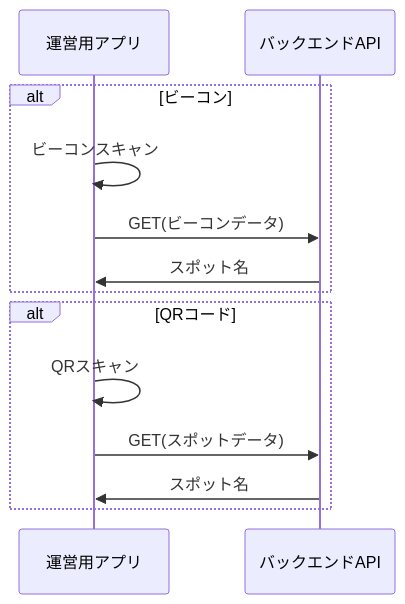
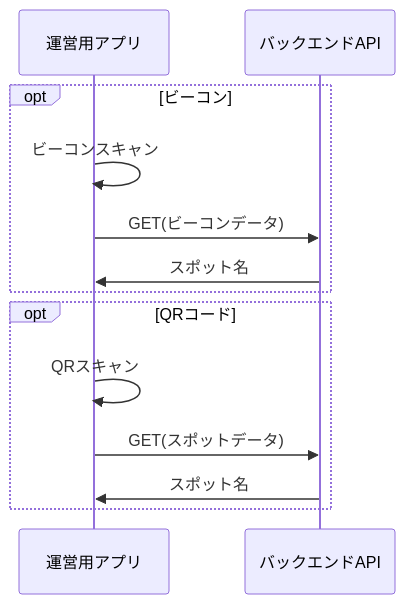
One commit to after-school-garbage-squad/repaint-architecture changed the third of 4 diagrams in docs/sequence/admin-mobile.md. Above: the diagram before and after it, drawn with Mermaid.

Commit message:
fix: alt to opt

````diff
--- a/docs/sequence/admin-mobile.md
+++ b/docs/sequence/admin-mobile.md
@@ -29,16 +29,16 @@
 ```mermaid
 sequenceDiagram
     participant app as 運営用アプリ
     participant back as バックエンドAPI
-    alt ビーコン
+    opt ビーコン
     app ->> app: ビーコンスキャン
     app ->> back: GET(ビーコンデータ)
     back ->> app: スポット名
     end
-    alt QRコード
+    opt QRコード
     app ->> app: QRスキャン
     app ->> back: GET(スポットデータ)
     back ->> app: スポット名
     end
     
 ```
````
